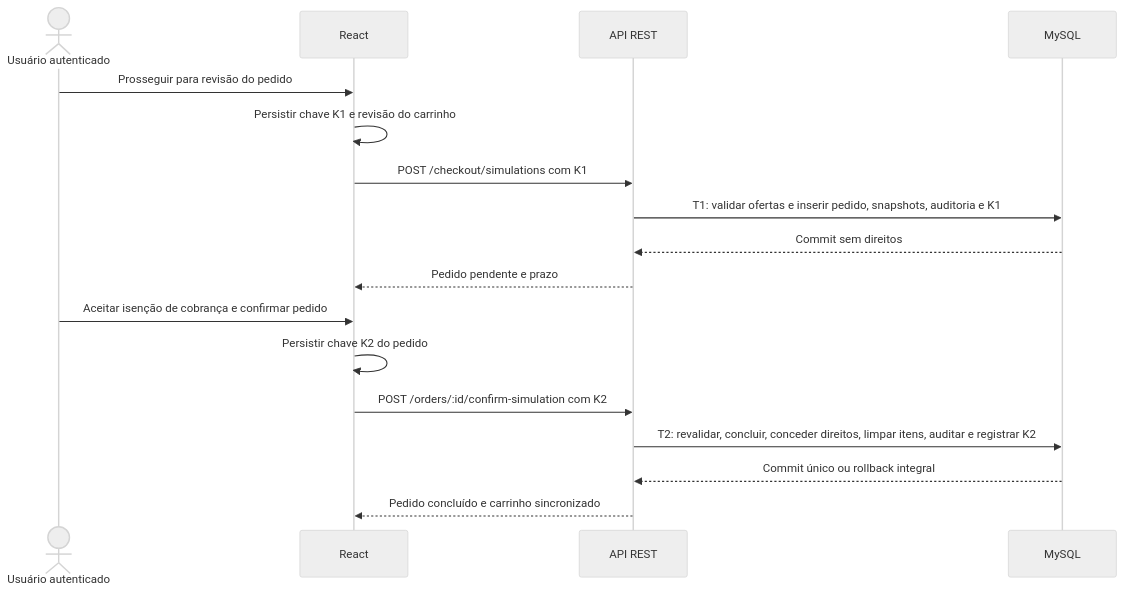
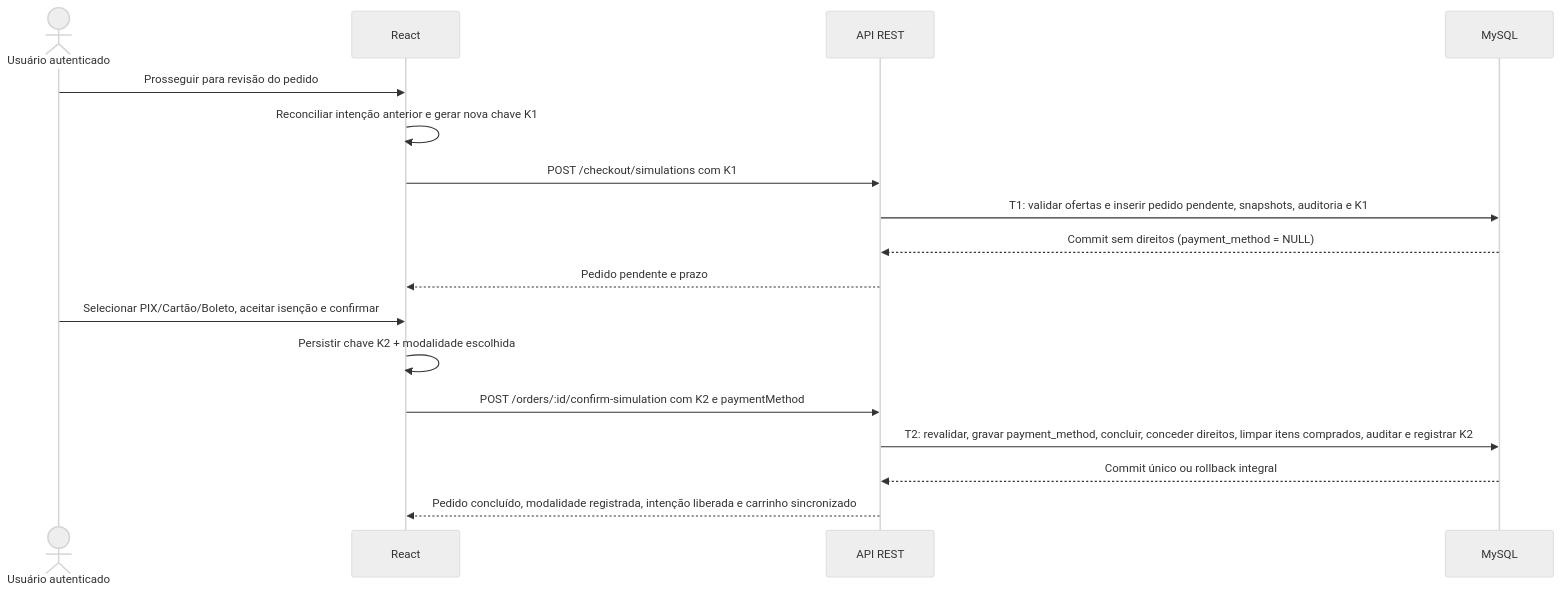
One commit to dernivaljr/wiki-chem changed the first of 2 diagrams in docs/arquitetura/CHECKOUT-DEMONSTRATIVO.md. Above: the diagram before and after it, drawn with Mermaid (neutral theme). The commit also changed other lines of this file and 32 other files, not shown here.

````diff
--- a/docs/arquitetura/CHECKOUT-DEMONSTRATIVO.md
+++ b/docs/arquitetura/CHECKOUT-DEMONSTRATIVO.md
@@ -11,19 +15,19 @@
 ```mermaid
 sequenceDiagram
   actor U as Usuário autenticado
   participant R as React
   participant A as API REST
   participant M as MySQL
   U->>R: Prosseguir para revisão do pedido
-  R->>R: Persistir chave K1 e revisão do carrinho
+  R->>R: Reconciliar intenção anterior e gerar nova chave K1
   R->>A: POST /checkout/simulations com K1
-  A->>M: T1: validar ofertas e inserir pedido, snapshots, auditoria e K1
-  M-->>A: Commit sem direitos
+  A->>M: T1: validar ofertas e inserir pedido pendente, snapshots, auditoria e K1
+  M-->>A: Commit sem direitos (payment_method = NULL)
   A-->>R: Pedido pendente e prazo
-  U->>R: Aceitar isenção de cobrança e confirmar pedido
-  R->>R: Persistir chave K2 do pedido
-  R->>A: POST /orders/:id/confirm-simulation com K2
-  A->>M: T2: revalidar, concluir, conceder direitos, limpar itens, auditar e registrar K2
+  U->>R: Selecionar PIX/Cartão/Boleto, aceitar isenção e confirmar
+  R->>R: Persistir chave K2 + modalidade escolhida
+  R->>A: POST /orders/:id/confirm-simulation com K2 e paymentMethod
+  A->>M: T2: revalidar, gravar payment_method, concluir, conceder direitos, limpar itens comprados, auditar e registrar K2
   M-->>A: Commit único ou rollback integral
-  A-->>R: Pedido concluído e carrinho sincronizado
+  A-->>R: Pedido concluído, modalidade registrada, intenção liberada e carrinho sincronizado
 ```
````
